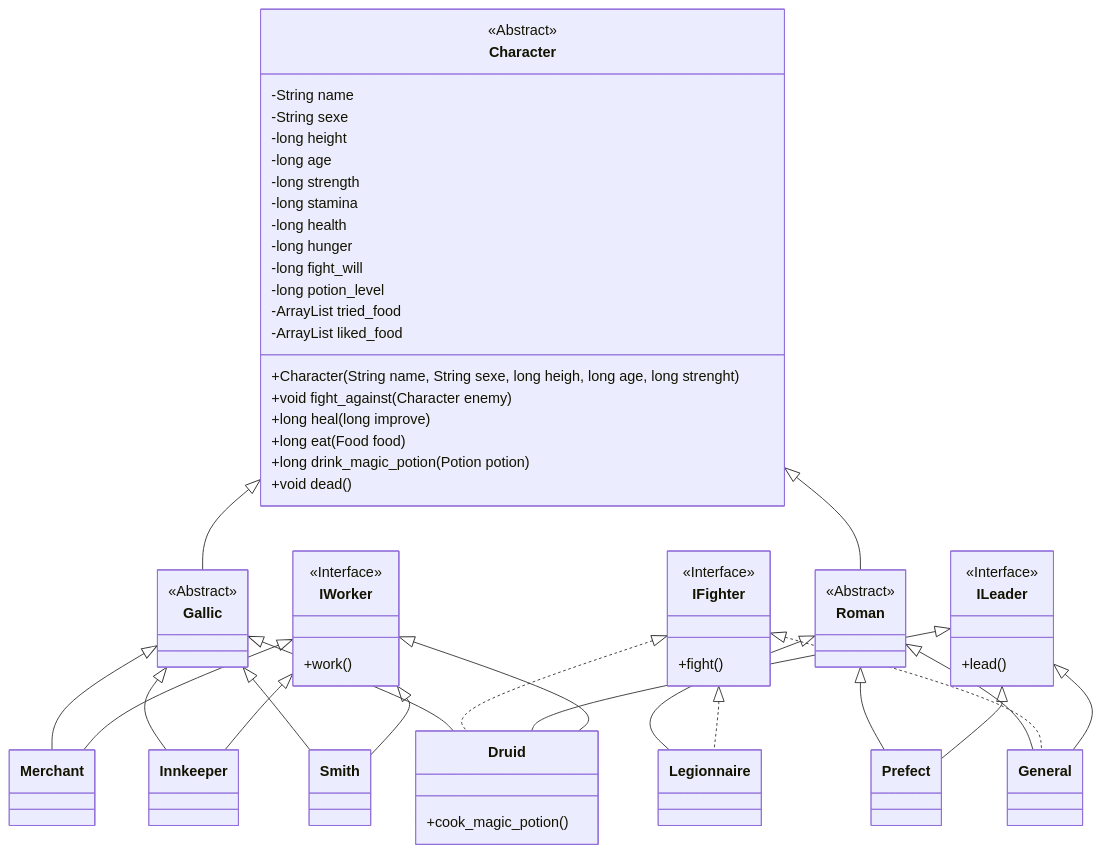
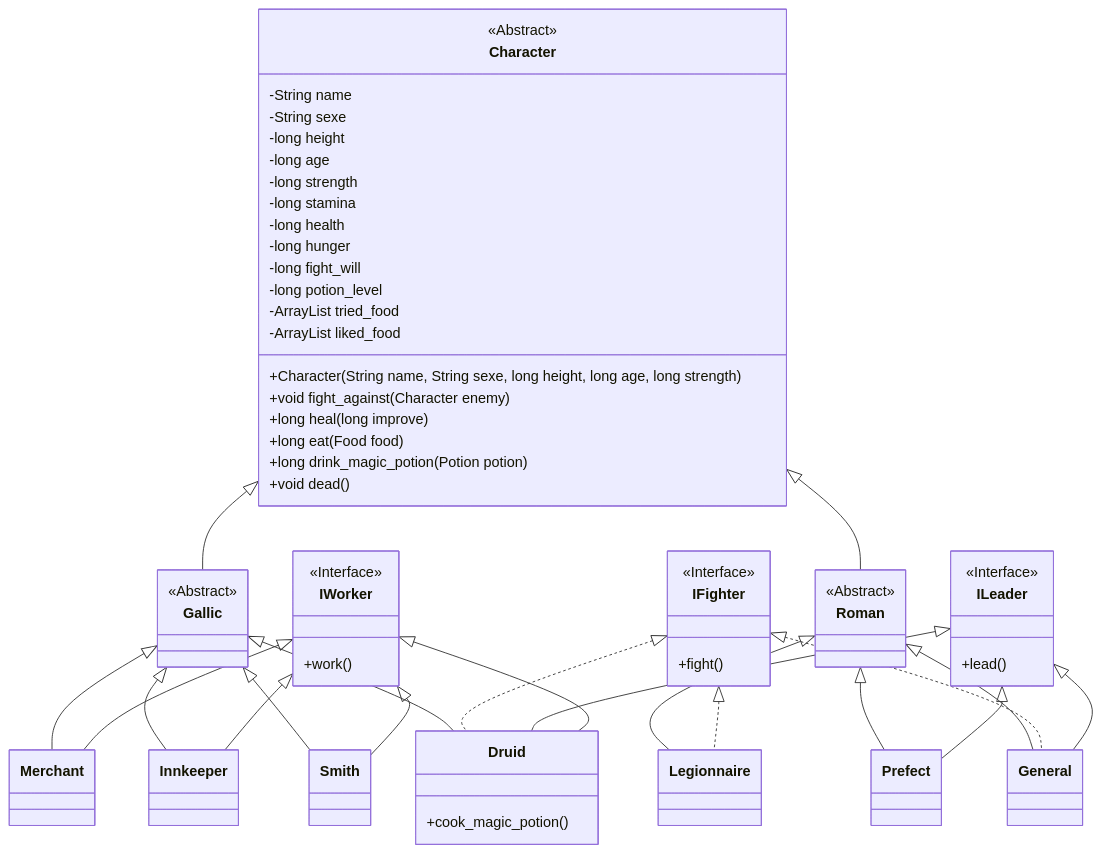
The diagram in diagrams/diag_character.md (Gustin-MAILHE/R304_Projet_Qualite_Dev), drawn with Mermaid before and after one commit.

Commit message:
Update diag_character.md
typo fixes

````diff
--- a/diagrams/diag_character.md
+++ b/diagrams/diag_character.md
@@ -1,77 +1,77 @@
 ```mermaid
     
 classDiagram
     
     Character <|-- Gallic
     Gallic <|-- Merchant
     Gallic <|-- Innkeeper
     Gallic <|-- Smith
     Gallic <|-- Druid
 
     Druid: +cook_magic_potion()
 
     Character <|-- Roman
     Roman <|-- Legionnaire
     Roman <|-- Prefect
     Roman <|-- General
 
     IFighter <|.. Legionnaire
     IFighter <|.. General
     IFighter <|.. Druid
 
     ILeader <|-- Prefect
     ILeader <|-- General
     ILeader <|-- Druid
 
     IWorker <|-- Merchant
     IWorker <|-- Innkeeper
     IWorker <|-- Smith
     IWorker <|-- Druid
 
     class Character {
         <<Abstract>>
         -String name
         -String sexe
         -long height
         -long age
         -long strength
         -long stamina
         -long health
         -long hunger
         -long fight_will
         -long potion_level
         -ArrayList<Food> tried_food
         -ArrayList<Food> liked_food
 
-        +Character(String name, String sexe, long heigh, long age, long strenght)
+        +Character(String name, String sexe, long height, long age, long strength)
         +void fight_against(Character enemy)
         +long heal(long improve)
         +long eat(Food food)
         +long drink_magic_potion(Potion potion)
         +void dead()
     }
 
     class Gallic {
         <<Abstract>>
     }
 
     class Roman {
         <<Abstract>>
     }
 
     class IFighter {
         <<Interface>>
         +fight()
     }
 
     class ILeader {
         <<Interface>>
         +lead()
     }
 
     class IWorker {
         <<Interface>>
         +work()
     }
 
 ```
````
